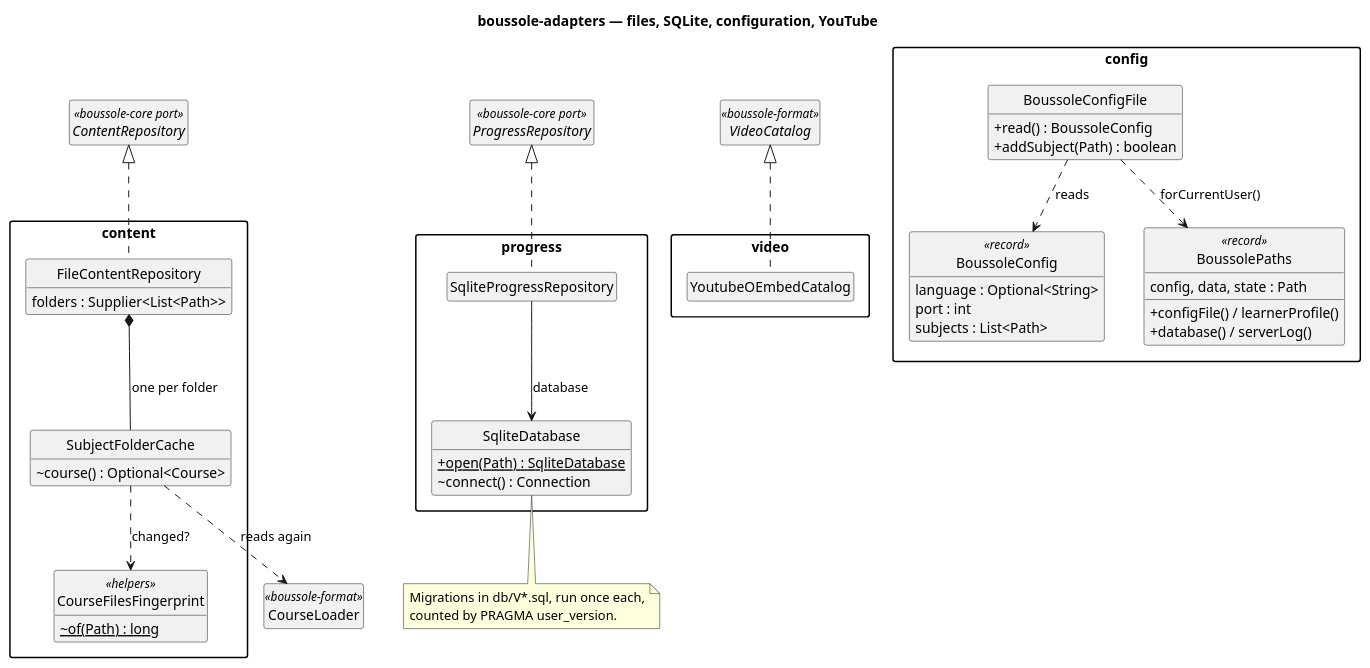
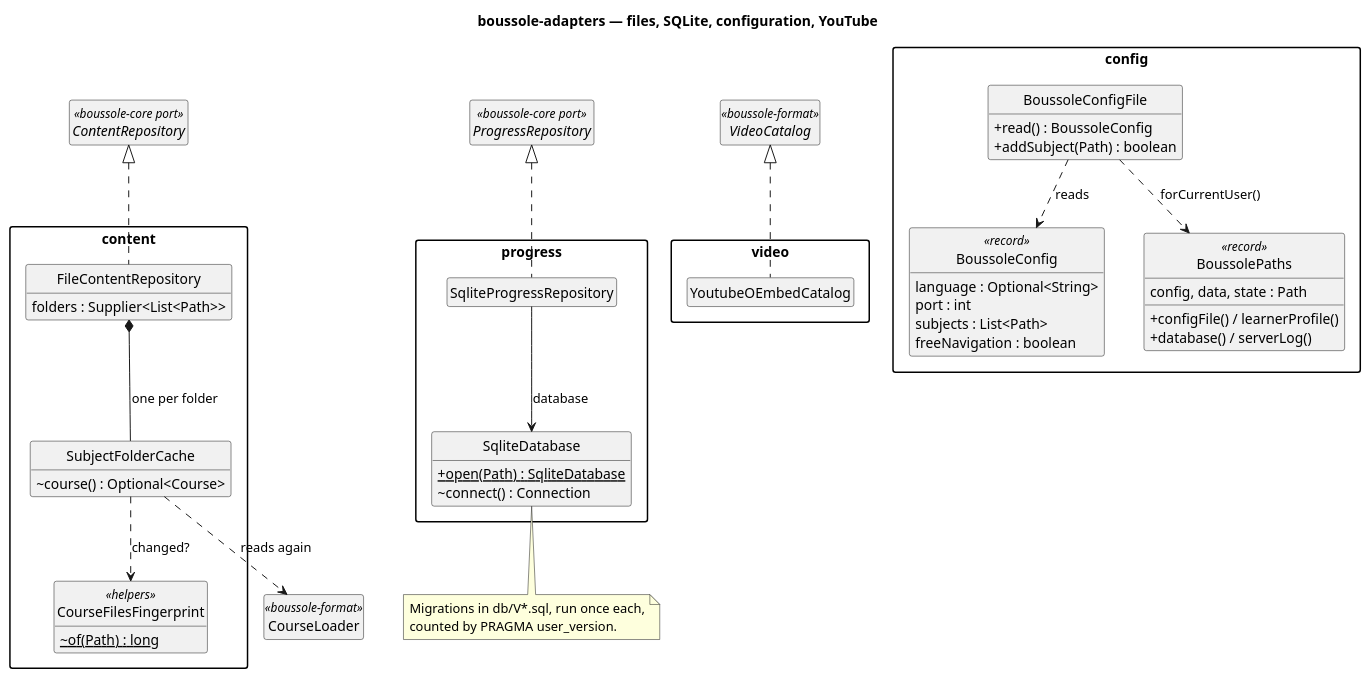
One commit to lucasssoh/Boussole changed the diagram in docs/diagrams/60-adapters.puml. Above: the diagram before and after it, drawn with PlantUML. The commit also changed 22 other files, not shown here.

```diff
--- a/docs/diagrams/60-adapters.puml
+++ b/docs/diagrams/60-adapters.puml
@@ -1,70 +1,71 @@
 @startuml 60-adapters
 skinparam packageStyle rectangle
 skinparam classAttributeIconSize 0
 skinparam nodesep 40
 skinparam ranksep 50
 hide empty members
 hide circle
 title boussole-adapters — files, SQLite, configuration, YouTube
 
 package "content" {
   class FileContentRepository {
     folders : Supplier<List<Path>>
   }
   class SubjectFolderCache {
     ~course() : Optional<Course>
   }
   class CourseFilesFingerprint <<helpers>> {
     ~{static} of(Path) : long
   }
 }
 
 package "progress" {
   class SqliteProgressRepository
   class SqliteDatabase {
     +{static} open(Path) : SqliteDatabase
     ~connect() : Connection
   }
 }
 
 package "config" {
   class BoussoleConfigFile {
     +read() : BoussoleConfig
     +addSubject(Path) : boolean
   }
   class BoussoleConfig <<record>> {
     language : Optional<String>
     port : int
     subjects : List<Path>
+    freeNavigation : boolean
   }
   class BoussolePaths <<record>> {
     config, data, state : Path
     +configFile() / learnerProfile()
     +database() / serverLog()
   }
 }
 
 package "video" {
   class YoutubeOEmbedCatalog
 }
 
 interface ContentRepository <<boussole-core port>>
 interface ProgressRepository <<boussole-core port>>
 interface VideoCatalog <<boussole-format>>
 class CourseLoader <<boussole-format>>
 
 ContentRepository <|.. FileContentRepository
 FileContentRepository *-- SubjectFolderCache : one per folder
 SubjectFolderCache ..> CourseFilesFingerprint : changed?
 SubjectFolderCache ..> CourseLoader : reads again
 ProgressRepository <|.. SqliteProgressRepository
 SqliteProgressRepository --> SqliteDatabase : database
 VideoCatalog <|.. YoutubeOEmbedCatalog
 BoussoleConfigFile ..> BoussoleConfig : reads
 BoussoleConfigFile ..> BoussolePaths : forCurrentUser()
 
 note bottom of SqliteDatabase
   Migrations in db/V*.sql, run once each,
   counted by PRAGMA user_version.
 end note
 @enduml
```
